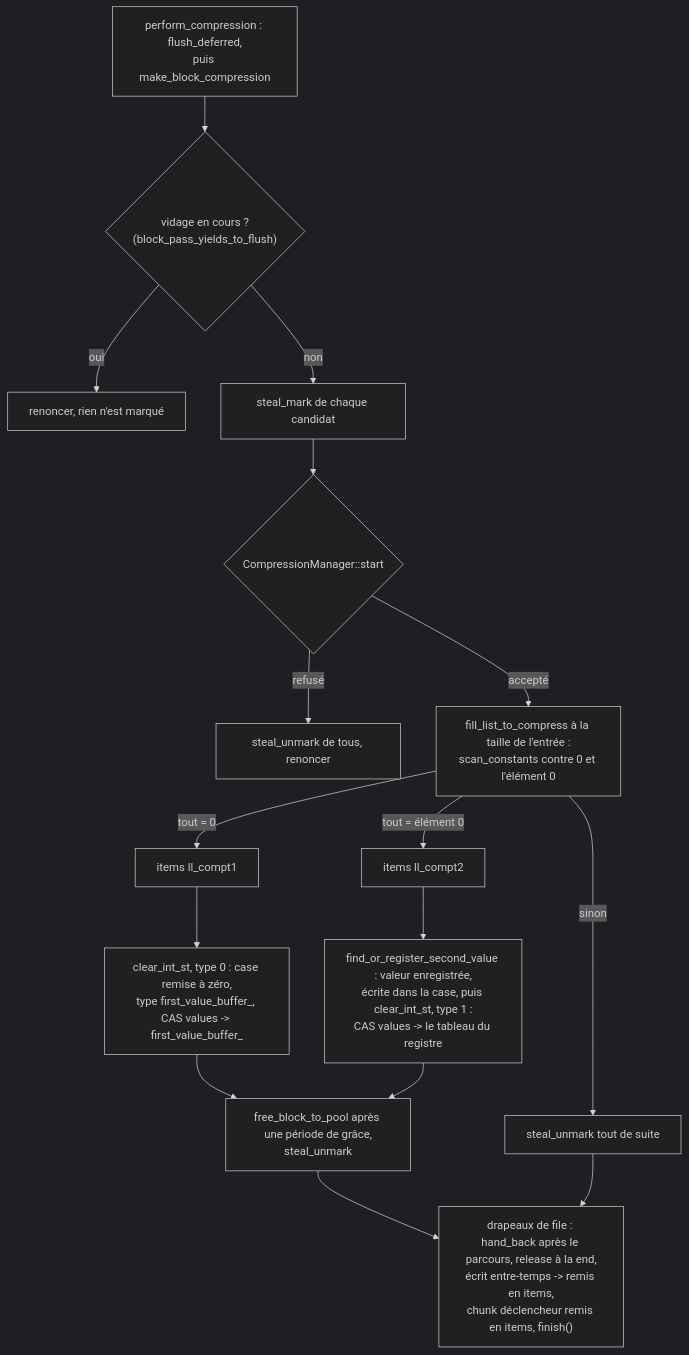
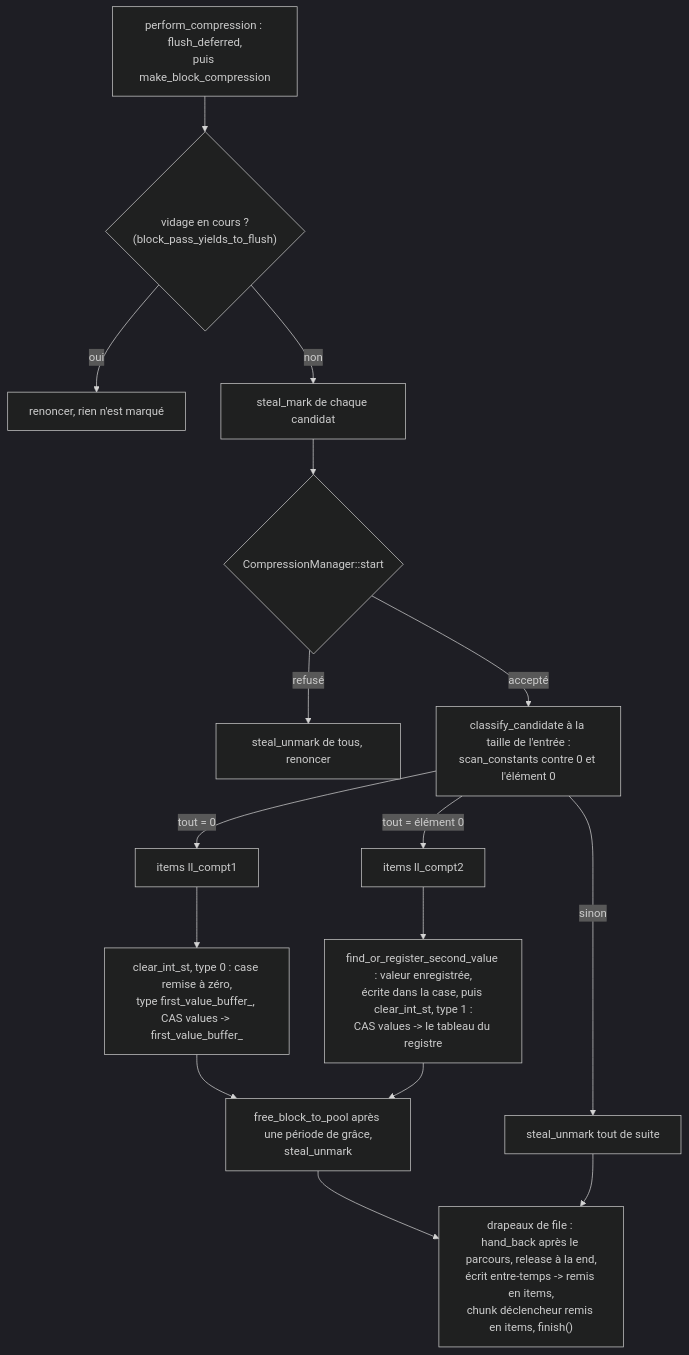
One commit to cea-hpc/shrink-array changed the first of 2 diagrams in docs/algo_zero_any_fr.md. Above: the diagram before and after it, drawn with Mermaid (dark theme). The commit also changed other lines of this file and 71 other files, not shown here.

First line of the commit message:
The *_to_compress* and const1/const2 names are the candidate and first/second-value names

````diff
--- a/docs/algo_zero_any_fr.md
+++ b/docs/algo_zero_any_fr.md
@@ -135,18 +135,18 @@
 ```mermaid
 flowchart TD
     A["perform_compression : flush_deferred,<br/>puis make_block_compression"] --> B{"vidage en cours ?<br/>(block_pass_yields_to_flush)"}
     B -->|oui| B1["renoncer, rien n'est marqué"]
     B -->|non| C["steal_mark de chaque candidat"]
     C --> D{"CompressionManager::start"}
     D -->|refusé| D1["steal_unmark de tous, renoncer"]
-    D -->|accepté| E["fill_list_to_compress à la taille de l'entrée :<br/>scan_constants contre 0 et l'élément 0"]
+    D -->|accepté| E["classify_candidate à la taille de l'entrée :<br/>scan_constants contre 0 et l'élément 0"]
     E -->|"tout = 0"| F["items ll_compt1"]
     E -->|"tout = élément 0"| G["items ll_compt2"]
     E -->|"sinon"| N["steal_unmark tout de suite"]
     F --> F1["clear_int_st, type 0 : case remise à zéro,<br/>type first_value_buffer_, CAS values -> first_value_buffer_"]
     G --> G1["find_or_register_second_value : valeur enregistrée,<br/>écrite dans la case, puis clear_int_st, type 1 :<br/>CAS values -> le tableau du registre"]
     F1 --> R["free_block_to_pool après une période de grâce,<br/>steal_unmark"]
     G1 --> R
     R --> K["drapeaux de file : hand_back après le parcours, release à la end,<br/>écrit entre-temps -> remis en items,<br/>chunk déclencheur remis en items, finish()"]
     N --> K
 ```
````
